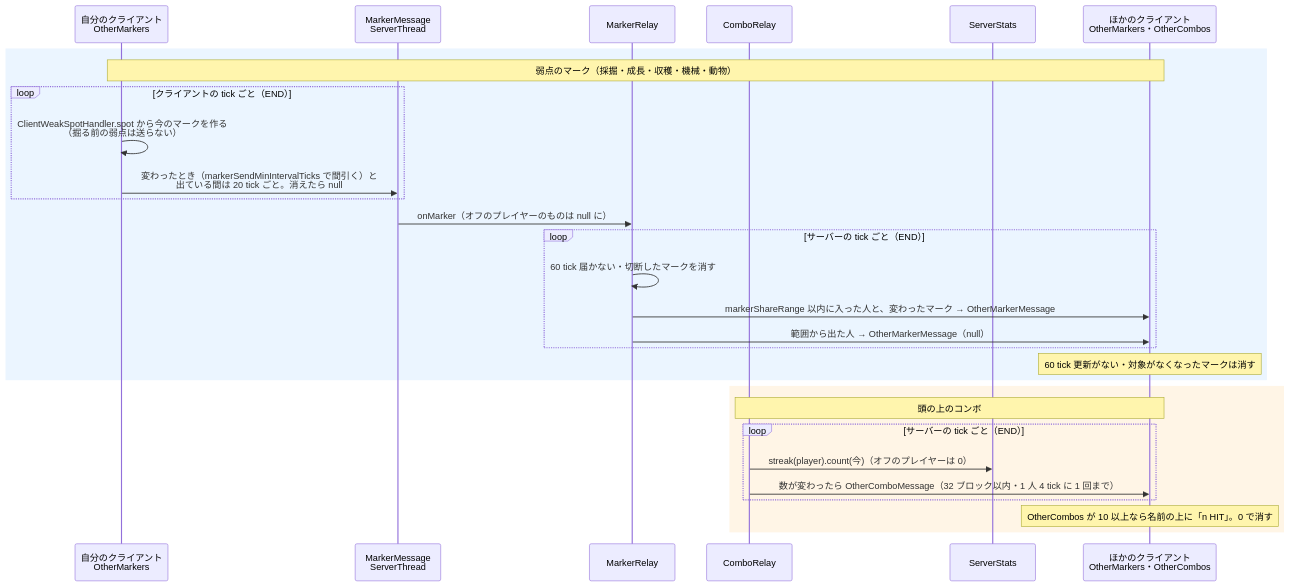
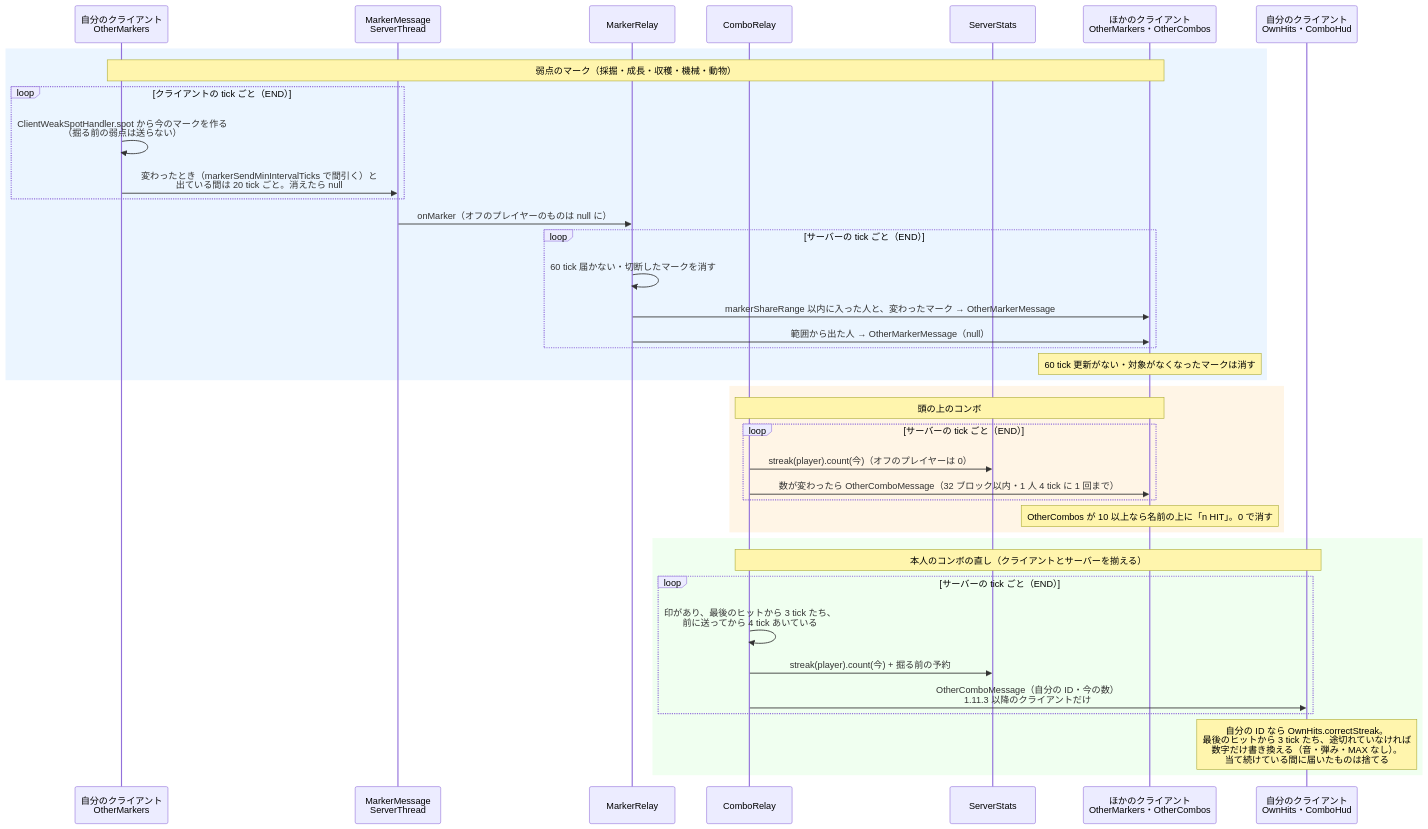
One commit to zeusisgood/weakspot changed the second of 2 diagrams in doc/diagrams/02-hit-flow.md. Above: the diagram before and after it, drawn with Mermaid. The commit also changed other lines of this file and 3 other files, not shown here.

First line of the commit message:
図にコンボの直しを反映し、コードを変えたら文書も同じ PR で直す約束を CLAUDE.md に

````diff
--- a/doc/diagrams/02-hit-flow.md
+++ b/doc/diagrams/02-hit-flow.md
@@ -73,33 +76,44 @@
 ```mermaid
 sequenceDiagram
     participant OM as 自分のクライアント<br/>OtherMarkers
     participant MM as MarkerMessage<br/>ServerThread
     participant RL as MarkerRelay
     participant CR as ComboRelay
     participant ST as ServerStats
     participant OC as ほかのクライアント<br/>OtherMarkers・OtherCombos
+    participant ME as 自分のクライアント<br/>OwnHits・ComboHud
 
     rect rgb(235, 245, 255)
         Note over OM,OC: 弱点のマーク（採掘・成長・収穫・機械・動物）
         loop クライアントの tick ごと（END）
             OM->>OM: ClientWeakSpotHandler.spot から今のマークを作る<br/>（掘る前の弱点は送らない）
             OM->>MM: 変わったとき（markerSendMinIntervalTicks で間引く）と<br/>出ている間は 20 tick ごと。消えたら null
         end
         MM->>RL: onMarker（オフのプレイヤーのものは null に）
         loop サーバーの tick ごと（END）
             RL->>RL: 60 tick 届かない・切断したマークを消す
             RL->>OC: markerShareRange 以内に入った人と、変わったマーク → OtherMarkerMessage
             RL->>OC: 範囲から出た人 → OtherMarkerMessage（null）
         end
         Note over OC: 60 tick 更新がない・対象がなくなったマークは消す
     end
 
     rect rgb(255, 245, 230)
         Note over CR,OC: 頭の上のコンボ
         loop サーバーの tick ごと（END）
             CR->>ST: streak(player).count(今)（オフのプレイヤーは 0）
             CR->>OC: 数が変わったら OtherComboMessage（32 ブロック以内・1 人 4 tick に 1 回まで）
         end
         Note over OC: OtherCombos が 10 以上なら名前の上に「n HIT」。0 で消す
     end
+
+    rect rgb(240, 255, 240)
+        Note over CR,ME: 本人のコンボの直し（クライアントとサーバーを揃える）
+        loop サーバーの tick ごと（END）
+            CR->>CR: 印があり、最後のヒットから 3 tick たち、<br/>前に送ってから 4 tick あいている
+            CR->>ST: streak(player).count(今) + 掘る前の予約
+            CR->>ME: OtherComboMessage（自分の ID・今の数）<br/>1.11.3 以降のクライアントだけ
+        end
+        Note over ME: 自分の ID なら OwnHits.correctStreak。<br/>最後のヒットから 3 tick たち、途切れていなければ<br/>数字だけ書き換える（音・弾み・MAX なし）。<br/>当て続けている間に届いたものは捨てる
+    end
 ```
````
